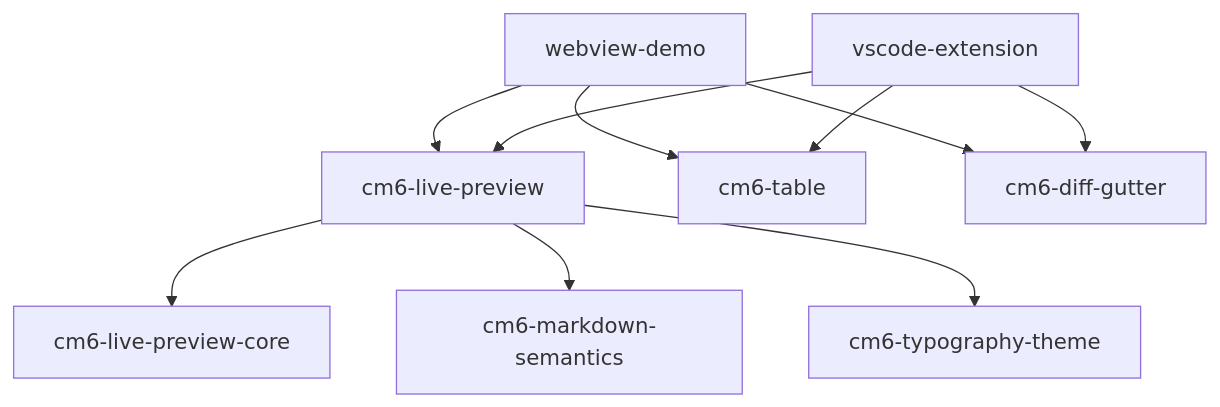
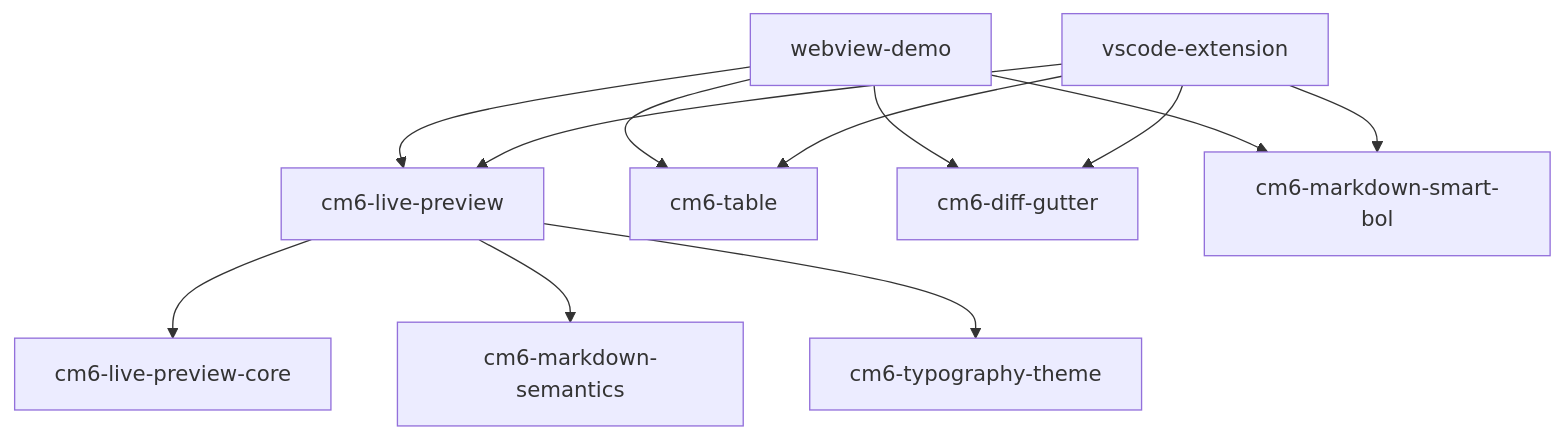
The second of 3 diagrams in docs/architecture/overview.md (yuya296/MarkBloom), drawn with Mermaid before and after one commit. The commit also changed other lines of this file and 13 other files, not shown here.

Commit message:
feat: markdown smart bolをcore pluginとして追加

````diff
--- a/docs/architecture/overview.md
+++ b/docs/architecture/overview.md
@@ -34,14 +36,16 @@
 ```mermaid
 graph TD
   webview-demo --> cm6-live-preview
   webview-demo --> cm6-table
   webview-demo --> cm6-diff-gutter
+  webview-demo --> cm6-markdown-smart-bol
 
   vscode-extension --> cm6-live-preview
   vscode-extension --> cm6-table
   vscode-extension --> cm6-diff-gutter
+  vscode-extension --> cm6-markdown-smart-bol
 
   cm6-live-preview --> cm6-live-preview-core
   cm6-live-preview --> cm6-markdown-semantics
   cm6-live-preview --> cm6-typography-theme
 ```
````
